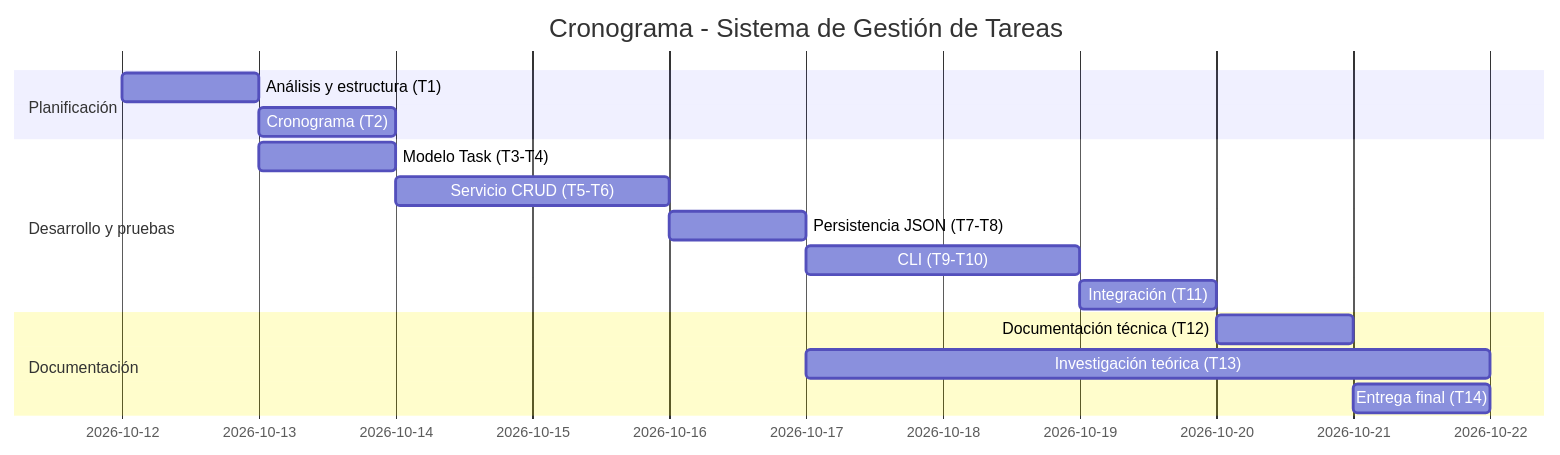
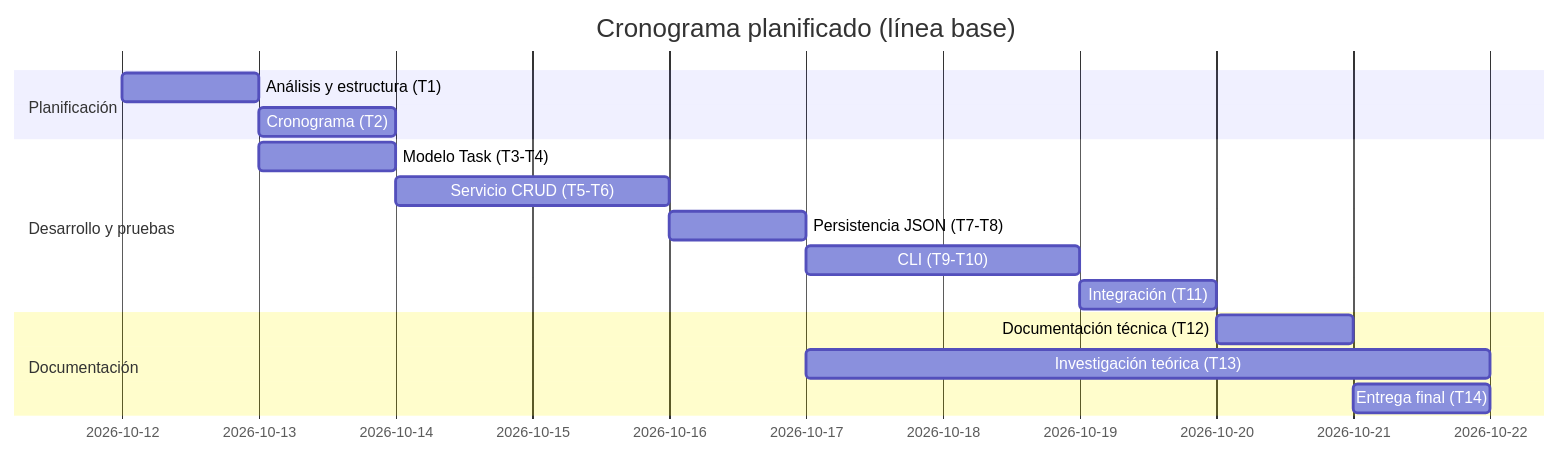
The diagram in docs/planificacion.md (vprada25/case-study-101), drawn with Mermaid before and after one commit. The commit also changed other lines of this file, not shown here.

````diff
--- a/docs/planificacion.md
+++ b/docs/planificacion.md
@@ -50,18 +54,18 @@
 ```mermaid
 gantt
-    title Cronograma - Sistema de Gestión de Tareas
+    title Cronograma planificado (línea base)
     dateFormat  YYYY-MM-DD
     section Planificación
     Análisis y estructura (T1)       :t1, 2026-10-12, 1d
     Cronograma (T2)                  :t2, after t1, 1d
     section Desarrollo y pruebas
     Modelo Task (T3-T4)              :t3, 2026-10-13, 1d
     Servicio CRUD (T5-T6)            :t5, after t3, 2d
     Persistencia JSON (T7-T8)        :t7, after t5, 1d
     CLI (T9-T10)                     :t9, after t7, 2d
     Integración (T11)                :t11, after t9, 1d
     section Documentación
     Documentación técnica (T12)      :t12, after t11, 1d
     Investigación teórica (T13)      :t13, 2026-10-17, 5d
     Entrega final (T14)              :t14, after t12, 1d
 ```
````
